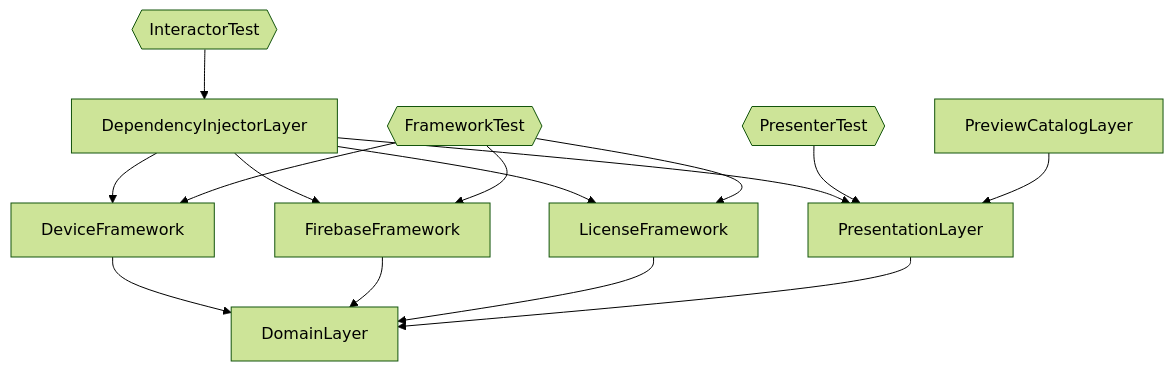
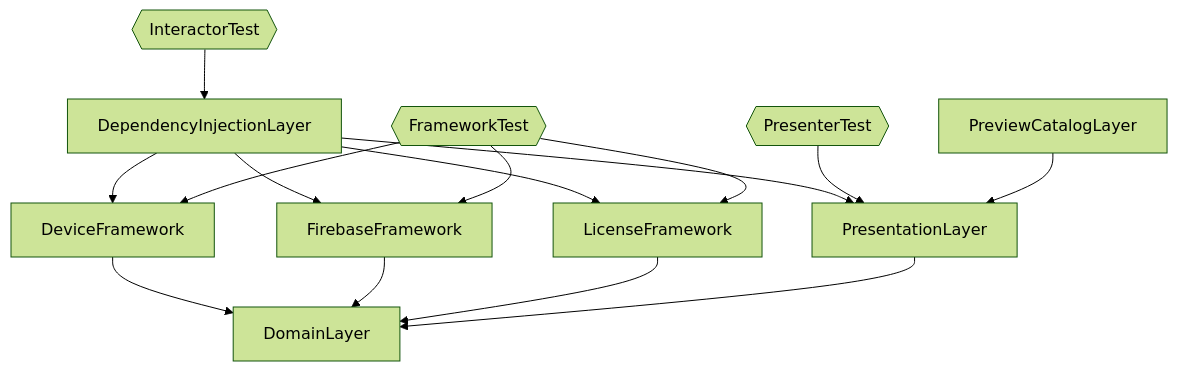
The diagram in asset/mermaid/test_targets.mmd (suguruTakahashi-1234/fia-practical-sample), drawn with Mermaid (forest theme) before and after one commit. The commit also changed 501 other files, not shown here.

```diff
--- a/asset/mermaid/test_targets.mmd
+++ b/asset/mermaid/test_targets.mmd
@@ -1,16 +1,16 @@
 flowchart TD
-    DependencyInjectorLayer-->DeviceFramework
-    DependencyInjectorLayer-->FirebaseFramework
-    DependencyInjectorLayer-->LicenseFramework
-    DependencyInjectorLayer-->PresentationLayer
+    DependencyInjectionLayer-->DeviceFramework
+    DependencyInjectionLayer-->FirebaseFramework
+    DependencyInjectionLayer-->LicenseFramework
+    DependencyInjectionLayer-->PresentationLayer
     DeviceFramework-->DomainLayer
     DomainLayer
     FirebaseFramework-->DomainLayer
     FrameworkTest{{FrameworkTest}}-->DeviceFramework
     FrameworkTest{{FrameworkTest}}-->FirebaseFramework
     FrameworkTest{{FrameworkTest}}-->LicenseFramework
-    InteractorTest{{InteractorTest}}-->DependencyInjectorLayer
+    InteractorTest{{InteractorTest}}-->DependencyInjectionLayer
     LicenseFramework-->DomainLayer
     PresentationLayer-->DomainLayer
     PresenterTest{{PresenterTest}}-->PresentationLayer
     PreviewCatalogLayer-->PresentationLayer
```
